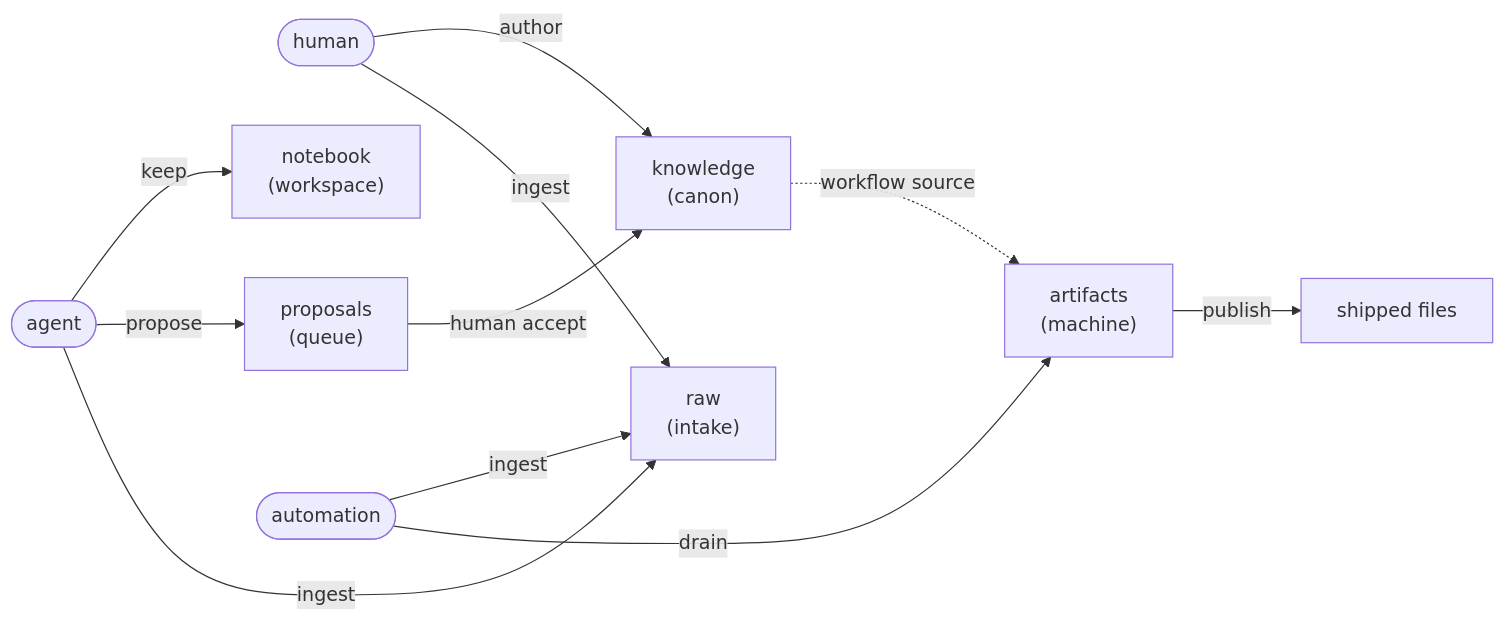
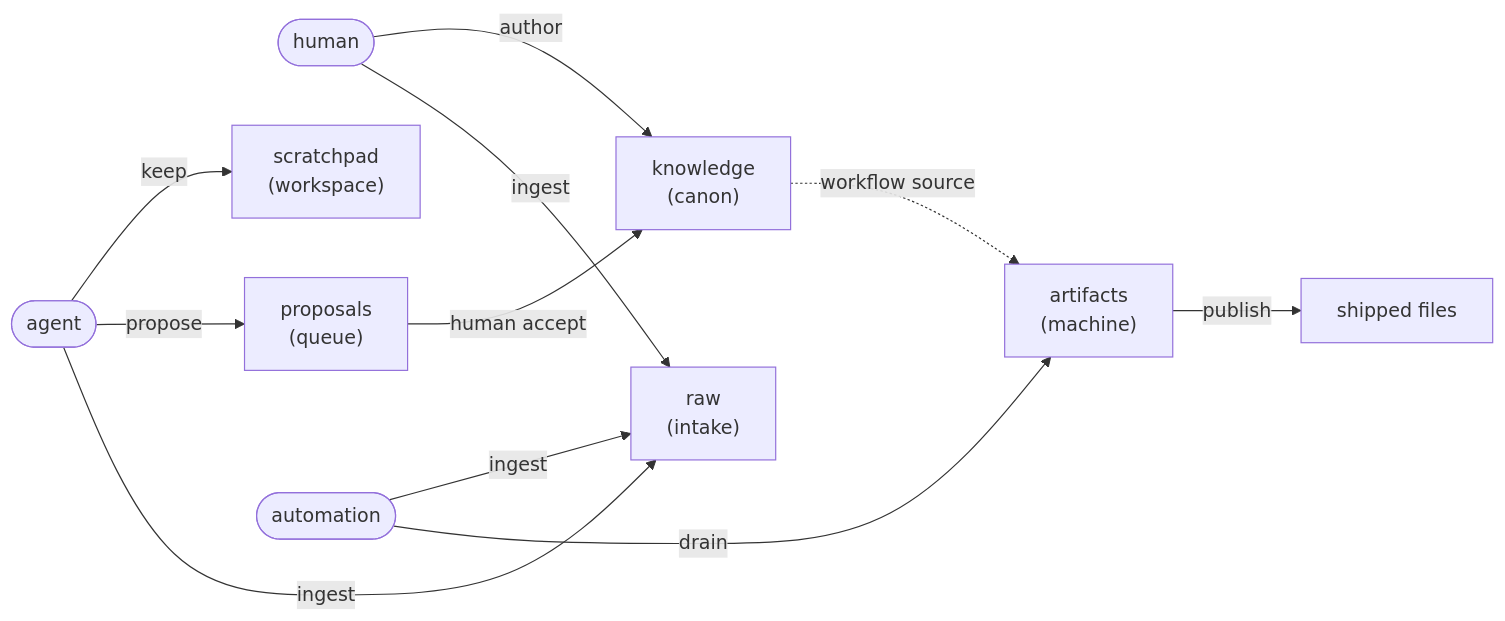
Before and after one commit to patrick204nqh/textus: the first of 2 diagrams in .textus/data/knowledge/explanation/concepts.md, drawn with Mermaid. The commit also changed other lines of this file and 56 other files, not shown here.

Commit message:
refactor: update all notebook→scratchpad references in docs, specs, lib, and store data

````diff
--- a/.textus/data/knowledge/explanation/concepts.md
+++ b/.textus/data/knowledge/explanation/concepts.md
@@ -20,13 +20,13 @@
 ```mermaid
 flowchart LR
     human(["human"]) -->|author| knowledge["knowledge<br/>(canon)"]
-    agent(["agent"]) -->|keep| notebook["notebook<br/>(workspace)"]
+    agent(["agent"]) -->|keep| scratchpad["scratchpad<br/>(workspace)"]
     agent -->|propose| proposals["proposals<br/>(queue)"]
     human -->|ingest| raw["raw<br/>(intake)"]
     agent -->|ingest| raw
     automation(["automation"]) -->|ingest| raw
     proposals -->|human accept| knowledge
     automation(["automation"]) -->|drain| artifacts["artifacts<br/>(machine)"]
     knowledge -.->|workflow source| artifacts
     artifacts -->|publish| files["shipped files"]
 ```
````
